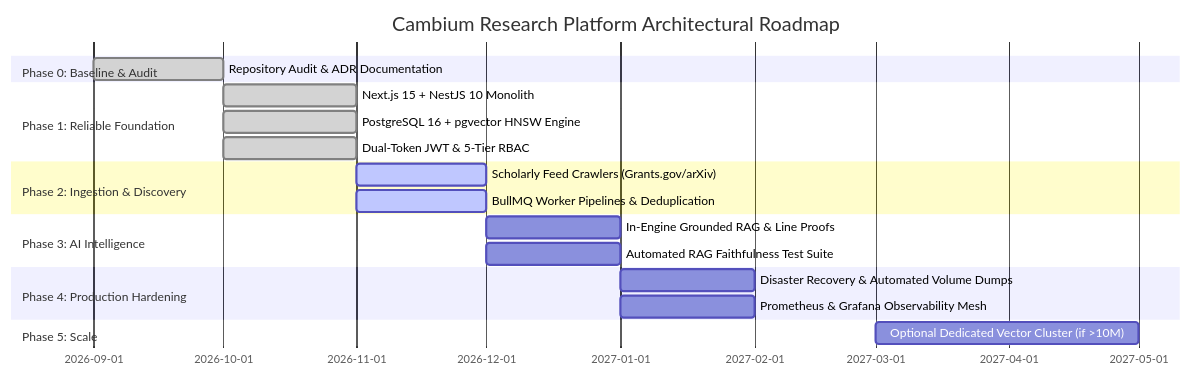
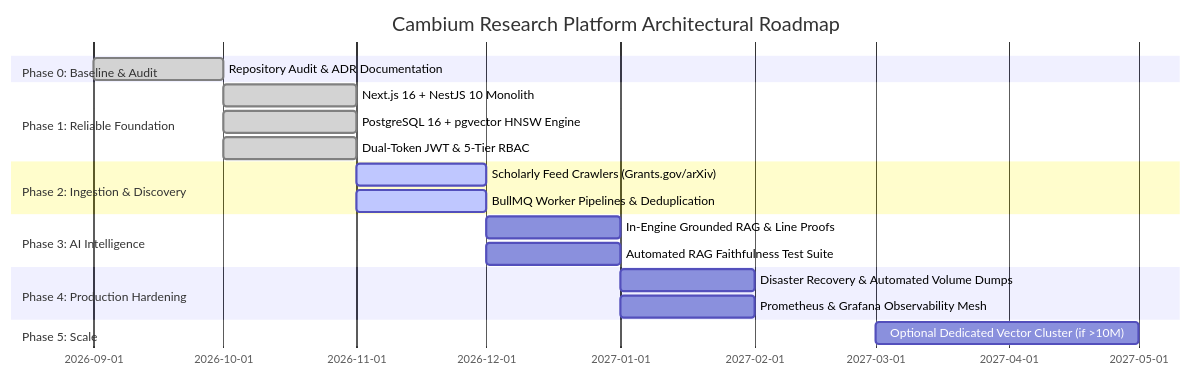
The seventh of 7 diagrams in docs/architecture/technology-strategy-and-stack.md (kalviumcommunity/S92_Imthiyas_Capstone_Cambium), drawn with Mermaid before and after one commit. The commit also changed other lines of this file and 76 other files, not shown here.

````diff
--- a/docs/architecture/technology-strategy-and-stack.md
+++ b/docs/architecture/technology-strategy-and-stack.md
@@ -563,22 +565,22 @@
 ```mermaid
 gantt
   title Cambium Research Platform Architectural Roadmap
   dateFormat  YYYY-MM
   section Phase 0: Baseline & Audit
   Repository Audit & ADR Documentation       :done, 2026-09, 2026-10
   section Phase 1: Reliable Foundation
-  Next.js 15 + NestJS 10 Monolith            :done, 2026-10, 2026-11
+  Next.js 16 + NestJS 10 Monolith            :done, 2026-10, 2026-11
   PostgreSQL 16 + pgvector HNSW Engine        :done, 2026-10, 2026-11
   Dual-Token JWT & 5-Tier RBAC               :done, 2026-10, 2026-11
   section Phase 2: Ingestion & Discovery
   Scholarly Feed Crawlers (Grants.gov/arXiv) :active, 2026-11, 2026-12
   BullMQ Worker Pipelines & Deduplication    :active, 2026-11, 2026-12
   section Phase 3: AI Intelligence
   In-Engine Grounded RAG & Line Proofs       :2026-12, 2027-01
   Automated RAG Faithfulness Test Suite       :2026-12, 2027-01
   section Phase 4: Production Hardening
   Disaster Recovery & Automated Volume Dumps :2027-01, 2027-02
   Prometheus & Grafana Observability Mesh    :2027-01, 2027-02
   section Phase 5: Scale
   Optional Dedicated Vector Cluster (if >10M):2027-03, 2027-05
 ```
````
